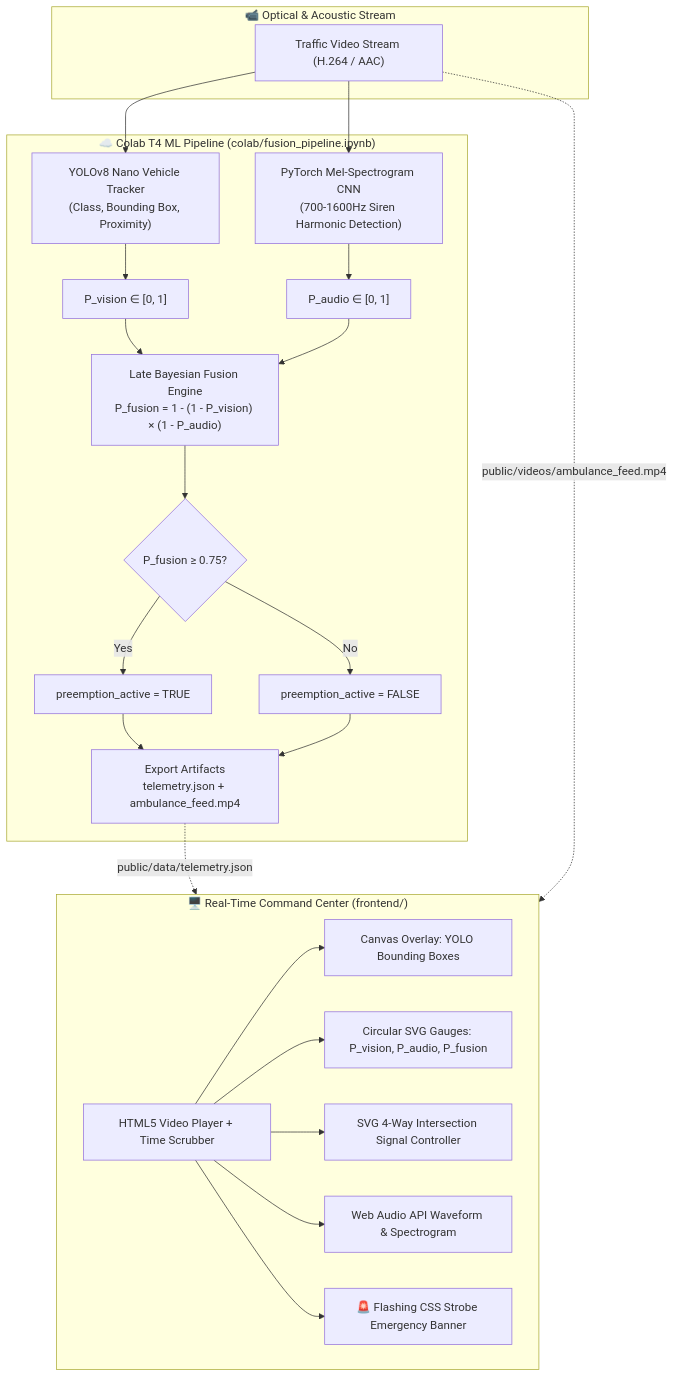
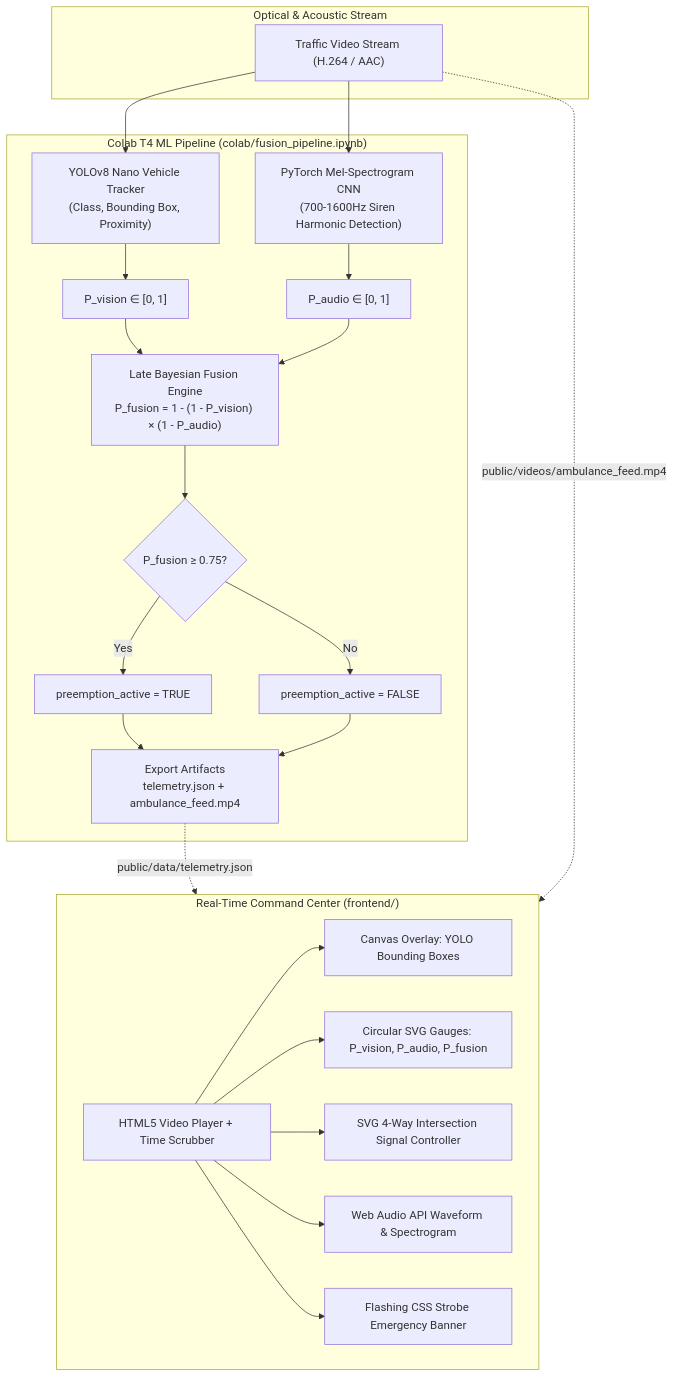
The diagram in README.md (Ppratik765/Detecting-Ambulance-in-Traffic), drawn with Mermaid before and after one commit. The commit also changed other lines of this file and 8 other files, not shown here.

````diff
--- a/README.md
+++ b/README.md
@@ -14,45 +14,45 @@
 ```mermaid
 flowchart TD
-    subgraph VideoFeed["📹 Optical & Acoustic Stream"]
+    subgraph VideoFeed["Optical & Acoustic Stream"]
         RAW["Traffic Video Stream (H.264 / AAC)"]
     end
 
-    subgraph ColabML["☁️ Colab T4 ML Pipeline (colab/fusion_pipeline.ipynb)"]
+    subgraph ColabML["Colab T4 ML Pipeline (colab/fusion_pipeline.ipynb)"]
         YOLO["YOLOv8 Nano Vehicle Tracker<br/>(Class, Bounding Box, Proximity)"]
         MEL["PyTorch Mel-Spectrogram CNN<br/>(700-1600Hz Siren Harmonic Detection)"]
         
         P_VIS["P_vision &isin; [0, 1]"]
         P_AUD["P_audio &isin; [0, 1]"]
 
         FUSION["Late Bayesian Fusion Engine<br/>P_fusion = 1 - (1 - P_vision) &times; (1 - P_audio)"]
         THRESHOLD{"P_fusion &ge; 0.75?"}
         PREEMPT_TRUE["preemption_active = TRUE"]
         PREEMPT_FALSE["preemption_active = FALSE"]
         
         EXPORT["Export Artifacts<br/>telemetry.json + ambulance_feed.mp4"]
     end
 
-    subgraph Frontend["🖥️ Real-Time Command Center (frontend/)"]
+    subgraph Frontend["Real-Time Command Center (frontend/)"]
         PLAYER["HTML5 Video Player + Time Scrubber"]
         CANVAS["Canvas Overlay: YOLO Bounding Boxes"]
         GAUGES["Circular SVG Gauges: P_vision, P_audio, P_fusion"]
         TRAFFIC["SVG 4-Way Intersection Signal Controller"]
         AUDIO_VIZ["Web Audio API Waveform & Spectrogram"]
-        BANNER["🚨 Flashing CSS Strobe Emergency Banner"]
+        BANNER["Flashing CSS Strobe Emergency Banner"]
     end
 
     RAW --> YOLO --> P_VIS --> FUSION
     RAW --> MEL --> P_AUD --> FUSION
     FUSION --> THRESHOLD
     THRESHOLD -- Yes --> PREEMPT_TRUE --> EXPORT
     THRESHOLD -- No --> PREEMPT_FALSE --> EXPORT
 
     EXPORT -.->|public/data/telemetry.json| Frontend
     RAW -.->|public/videos/ambulance_feed.mp4| Frontend
 
     PLAYER --> CANVAS
     PLAYER --> GAUGES
     PLAYER --> TRAFFIC
     PLAYER --> AUDIO_VIZ
     PLAYER --> BANNER
 ```
````
